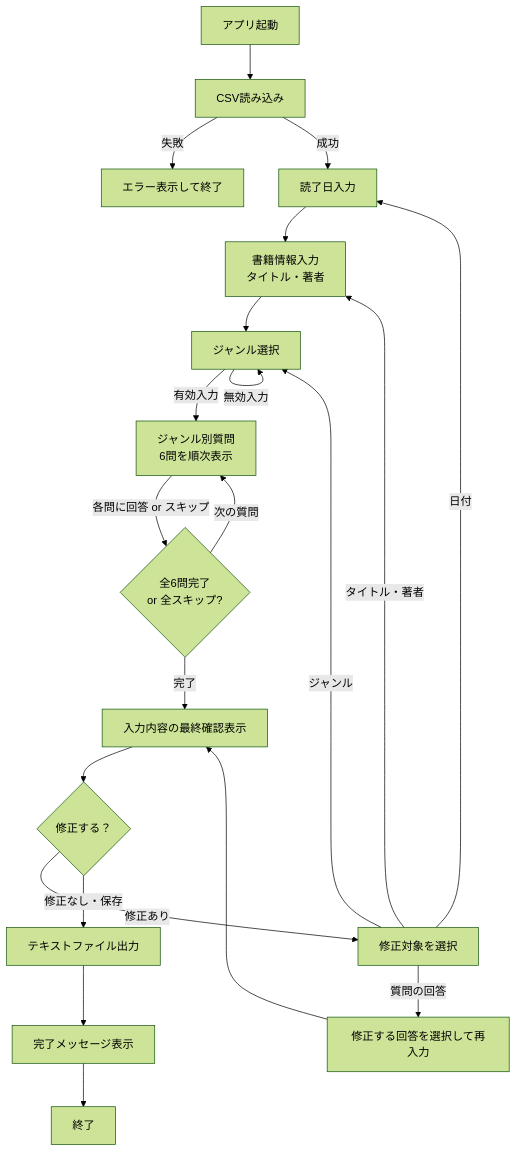
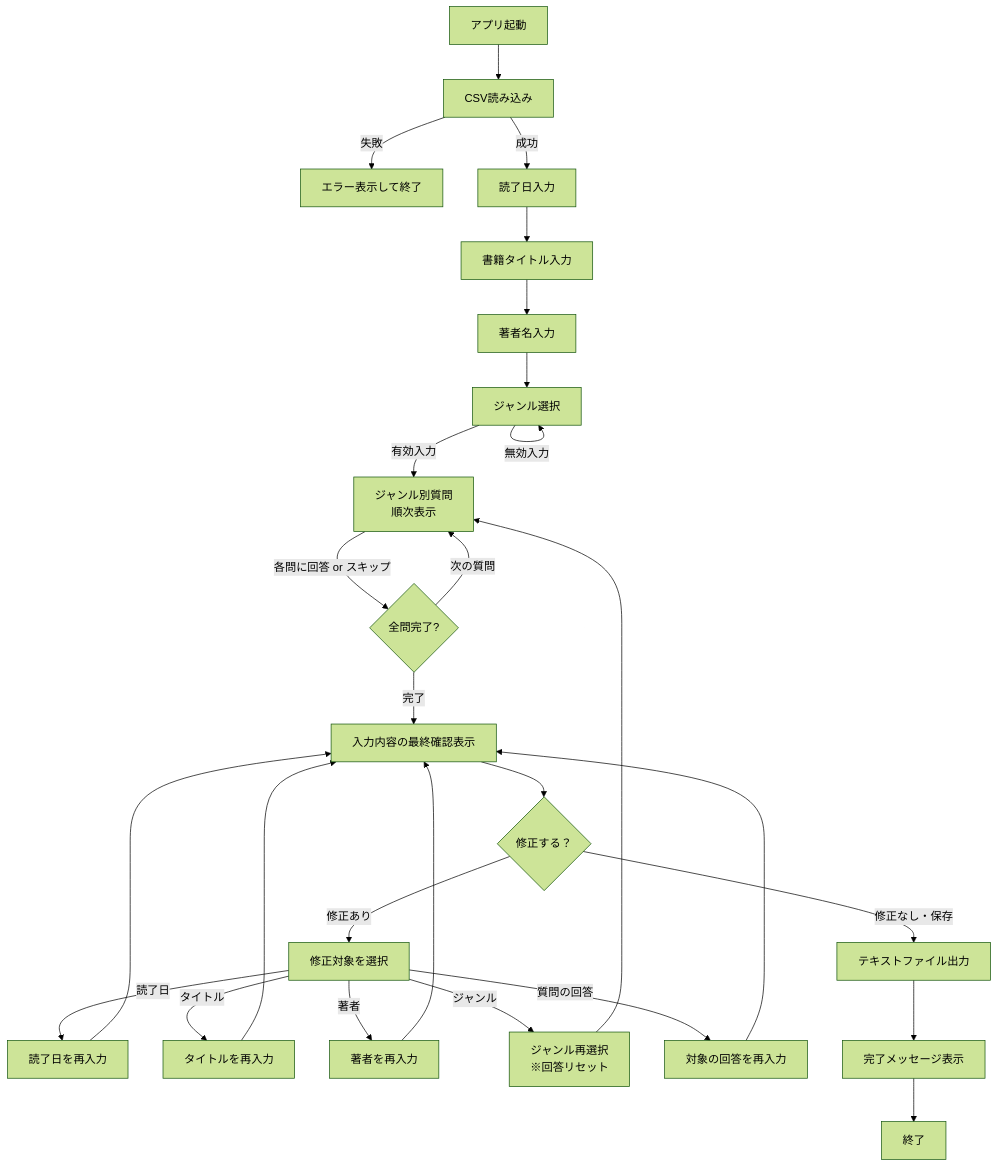
The diagram in docs/reading_record_maker_spec.md (mochitam200/ReadingImpressionMaker), drawn with Mermaid (forest theme) before and after one commit. The commit also changed other lines of this file and 14 other files, not shown here.

````diff
--- a/docs/reading_record_maker_spec.md
+++ b/docs/reading_record_maker_spec.md
@@ -182,23 +189,29 @@
 ```mermaid
 flowchart TD
     A[アプリ起動] --> B[CSV読み込み]
     B -->|失敗| B_ERR[エラー表示して終了]
     B -->|成功| C[読了日入力]
-    C --> D[書籍情報入力<br>タイトル・著者]
-    D --> E[ジャンル選択]
+    C --> D1[書籍タイトル入力]
+    D1 --> D2[著者名入力]
+    D2 --> E[ジャンル選択]
     E -->|無効入力| E
-    E -->|有効入力| F[ジャンル別質問<br>6問を順次表示]
-    F -->|各問に回答 or スキップ| G{全6問完了<br>or 全スキップ?}
+    E -->|有効入力| F[ジャンル別質問<br>順次表示]
+    F -->|各問に回答 or スキップ| G{全問完了?}
     G -->|次の質問| F
     G -->|完了| H[入力内容の最終確認表示]
     H --> I{修正する？}
     I -->|修正あり| J[修正対象を選択]
-    J -->|日付| C
-    J -->|タイトル・著者| D
-    J -->|ジャンル| E
-    J -->|質問の回答| K[修正する回答を選択して再入力]
+    J -->|読了日| C_EDIT[読了日を再入力]
+    J -->|タイトル| D1_EDIT[タイトルを再入力]
+    J -->|著者| D2_EDIT[著者を再入力]
+    J -->|ジャンル| E_EDIT[ジャンル再選択<br>※回答リセット]
+    J -->|質問の回答| K[対象の回答を再入力]
+    C_EDIT --> H
+    D1_EDIT --> H
+    D2_EDIT --> H
+    E_EDIT --> F
     K --> H
     I -->|修正なし・保存| L[テキストファイル出力]
     L --> M[完了メッセージ表示]
     M --> N[終了]
 ```
````
